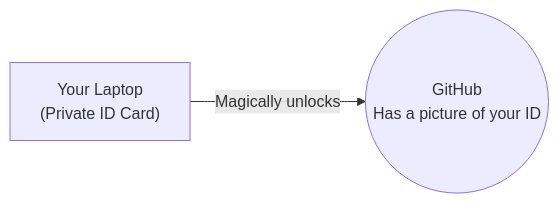
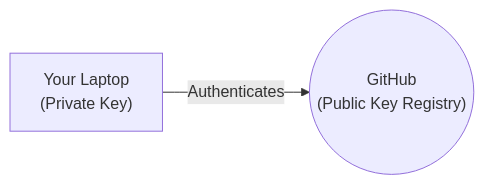
One commit to orgbitbybitdevs/github-starter changed the diagram in docs/04-ssh-setup.md. Above: the diagram before and after it, drawn with Mermaid. The commit also changed other lines of this file and 14 other files, not shown here.

````diff
--- a/docs/04-ssh-setup.md
+++ b/docs/04-ssh-setup.md
@@ -11,4 +13,4 @@
 ```mermaid
 graph LR
-    A["Your Laptop<br/>(Private ID Card)"] -- "Magically unlocks" --> B(("GitHub<br/>Has a picture of your ID"))
+    A["Your Laptop<br/>(Private Key)"] -- "Authenticates" --> B(("GitHub<br/>(Public Key Registry)"))
 ```
````
